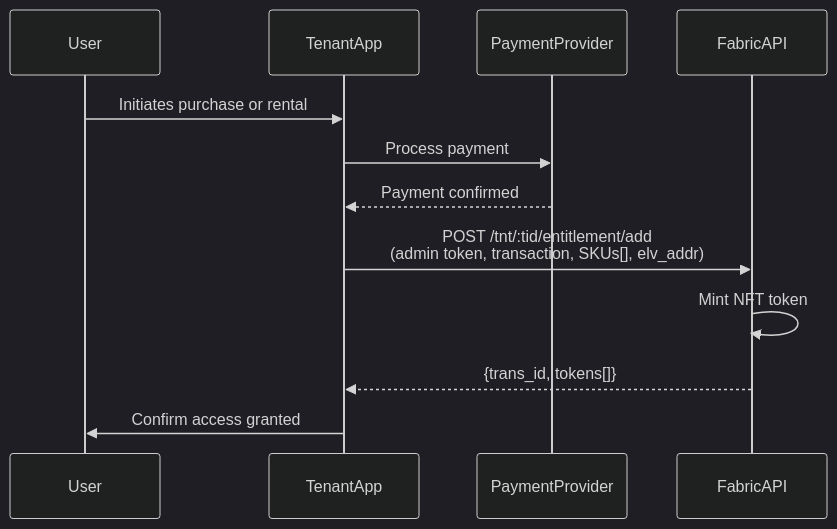
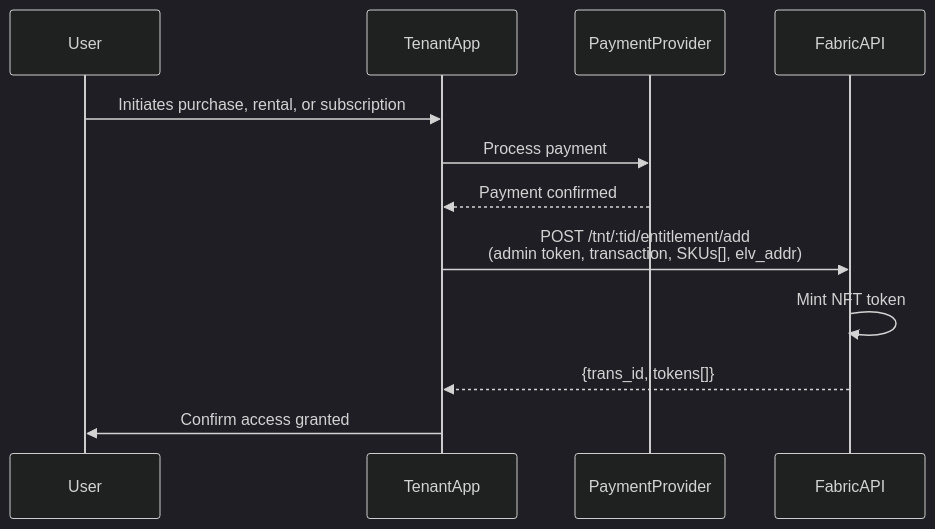
Before and after one commit to eluv-io/elv-docs: the second of 2 diagrams in media-wallet/purchase/README.md, drawn with Mermaid (dark theme). The commit also changed other lines of this file and 8 other files, not shown here.

````diff
--- a/media-wallet/purchase/README.md
+++ b/media-wallet/purchase/README.md
@@ -57,15 +58,15 @@
 ```mermaid
 sequenceDiagram
     participant User
     participant TenantApp
     participant PaymentProvider
     participant FabricAPI
 
-    User->>TenantApp: Initiates purchase or rental
+    User->>TenantApp: Initiates purchase, rental, or subscription
     TenantApp->>PaymentProvider: Process payment
     PaymentProvider-->>TenantApp: Payment confirmed
     TenantApp->>FabricAPI: POST /tnt/:tid/entitlement/add<br/>(admin token, transaction, SKUs[], elv_addr)
     FabricAPI->>FabricAPI: Mint NFT token
     FabricAPI-->>TenantApp: {trans_id, tokens[]}
     TenantApp->>User: Confirm access granted
 ```
````
